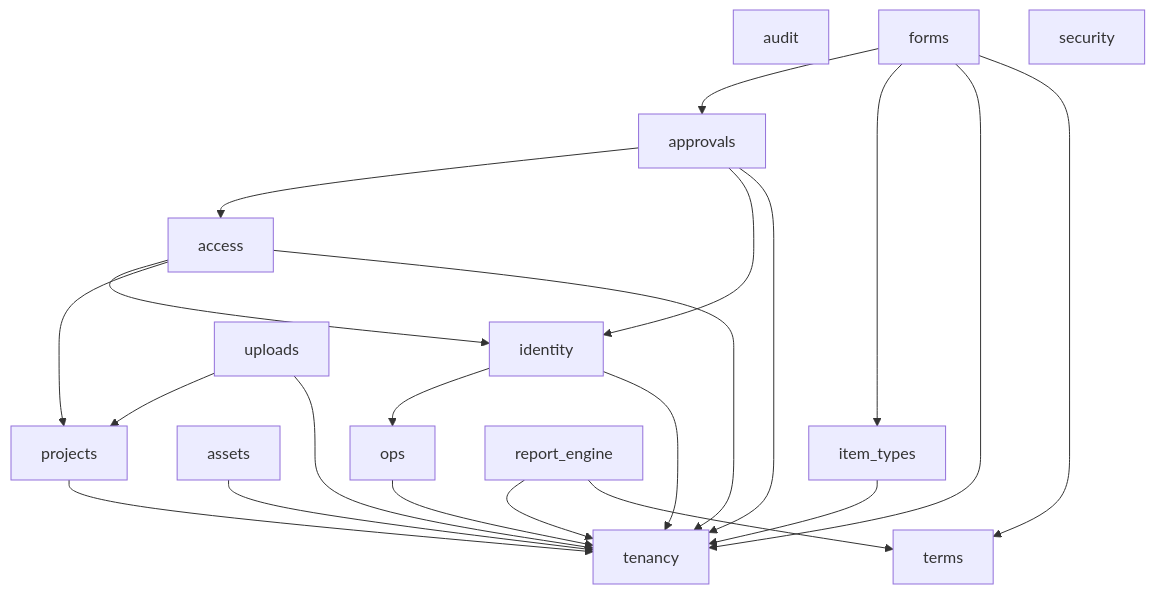
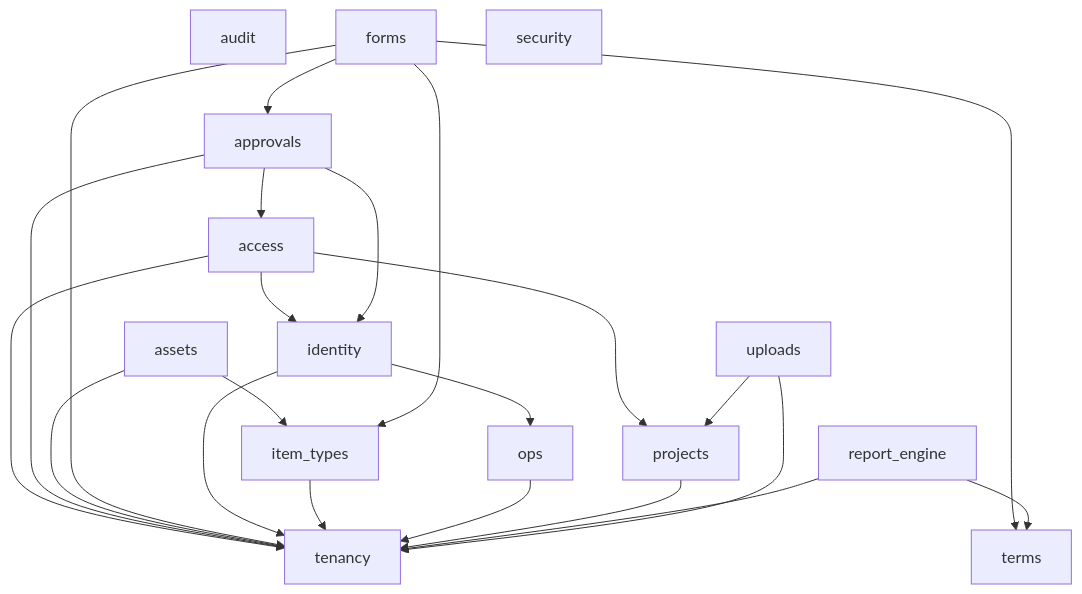
One commit to kingdonk-ops/Project-AIP changed the diagram in docs/architecture/module-map.md. Above: the diagram before and after it, drawn with Mermaid. The commit also changed other lines of this file and 28 other files, not shown here.

First line of the commit message:
[ClaudeK] ASSETS-02: typed assets with pinned item-type version and validated attributes (#160)

````diff
--- a/docs/architecture/module-map.md
+++ b/docs/architecture/module-map.md
@@ -29,27 +29,28 @@
 ```mermaid
 graph TD
     access --> identity
     access --> projects
     access --> tenancy
     approvals --> access
     approvals --> identity
     approvals --> tenancy
+    assets --> item_types
     assets --> tenancy
     audit
     forms --> approvals
     forms --> item_types
     forms --> tenancy
     forms --> terms
     identity --> ops
     identity --> tenancy
     item_types --> tenancy
     ops --> tenancy
     projects --> tenancy
     report_engine --> tenancy
     report_engine --> terms
     security
     tenancy
     terms
     uploads --> projects
     uploads --> tenancy
 ```
````
